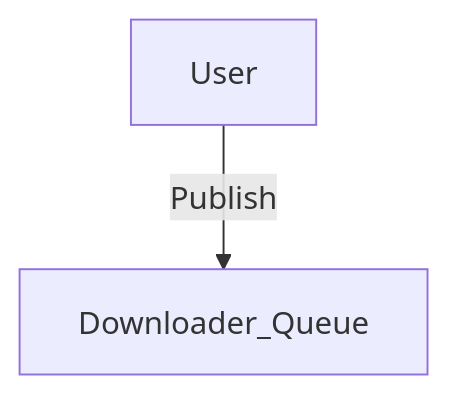
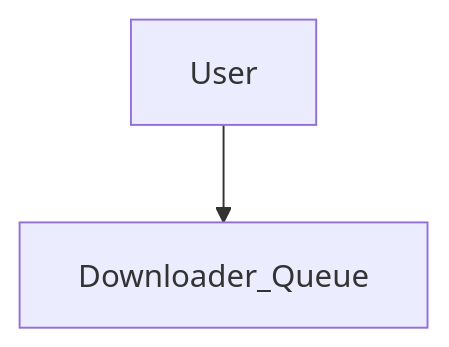
One commit to reyapr/mermaid-playground changed the diagram in README.md. Above: the diagram before and after it, drawn with Mermaid.

````diff
--- a/README.md
+++ b/README.md
@@ -7,5 +7,5 @@
 ```mermaid
     flowchart TB
-    User -- Publish --> Downloader_Queue
+    User --> Downloader_Queue
 
 ```
````
